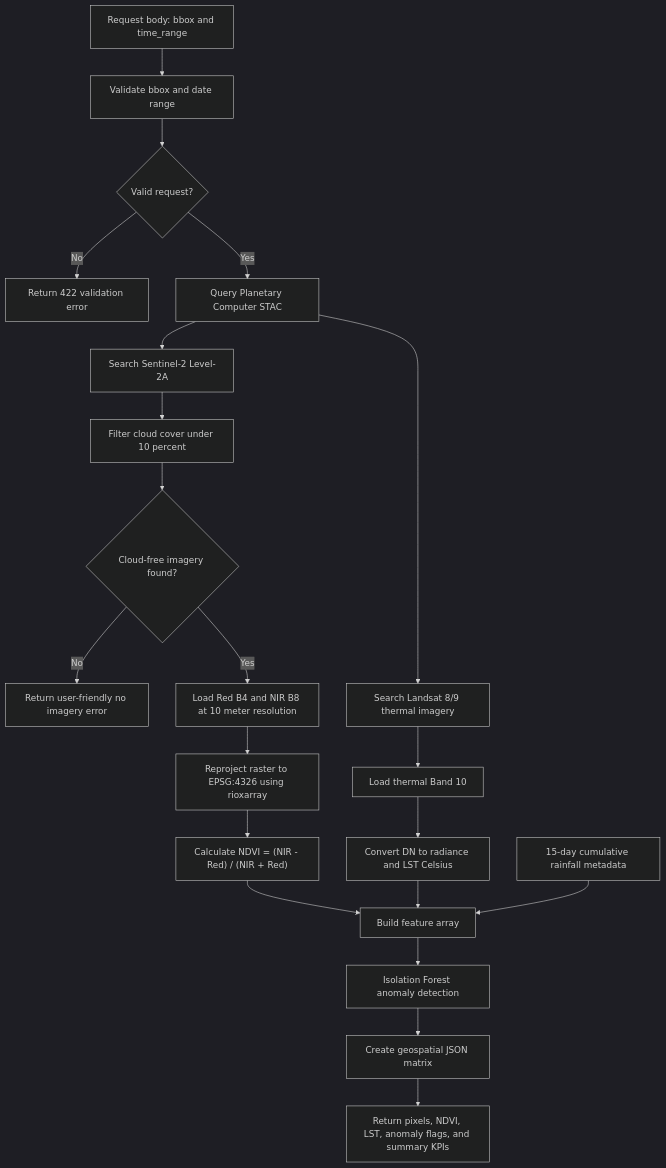
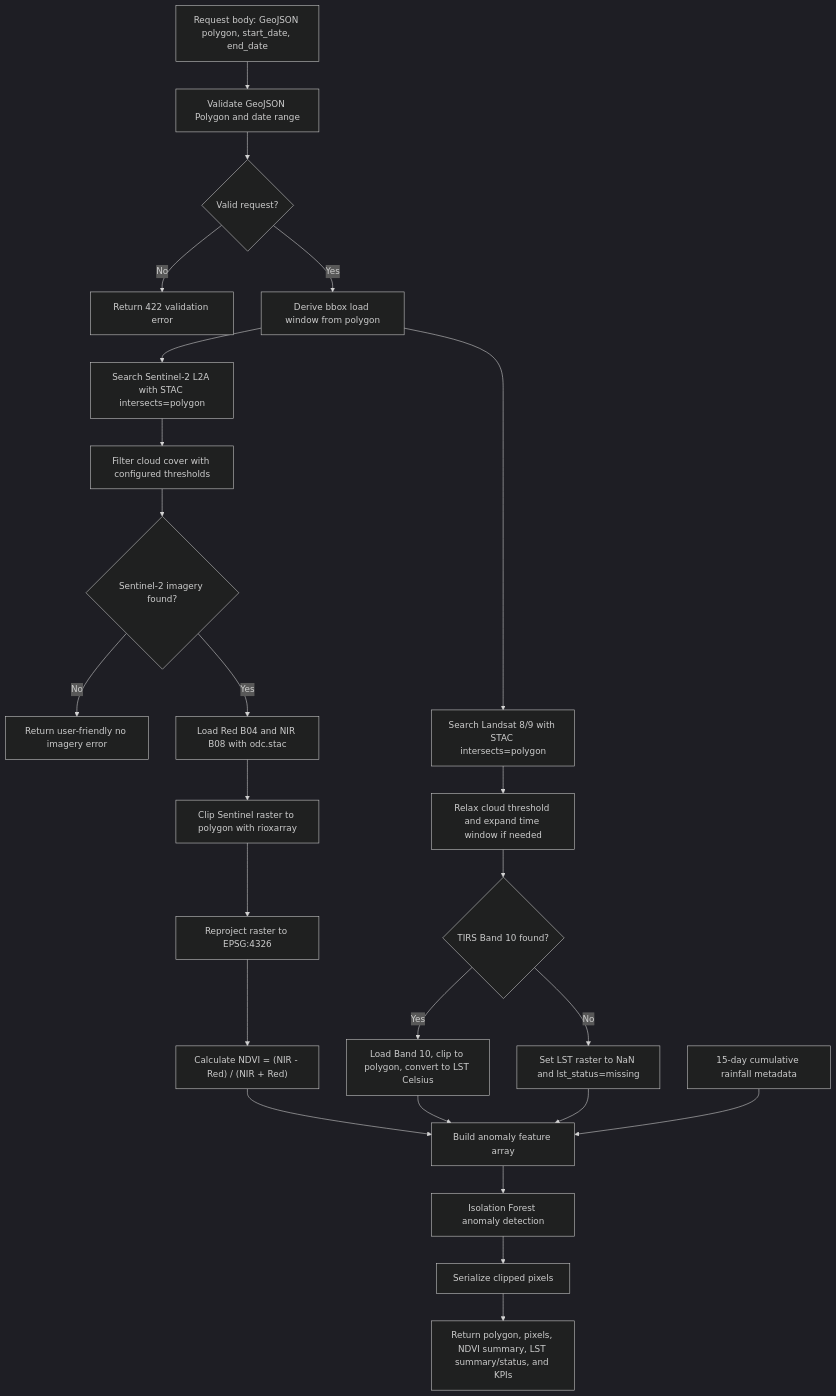
Before and after one commit to chinna5656/satellite-crop-planner: the second of 5 diagrams in docs/web-processing-flowchart.md, drawn with Mermaid (dark theme). The commit also changed other lines of this file and 7 other files, not shown here.

````diff
--- a/docs/web-processing-flowchart.md
+++ b/docs/web-processing-flowchart.md
@@ -33,27 +34,31 @@
 ```mermaid
 flowchart TD
-    A["Request body: bbox and time_range"] --> B["Validate bbox and date range"]
+    A["Request body: GeoJSON polygon, start_date, end_date"] --> B["Validate GeoJSON Polygon and date range"]
     B --> C{"Valid request?"}
     C -->|"No"| D["Return 422 validation error"]
-    C -->|"Yes"| E["Query Planetary Computer STAC"]
+    C -->|"Yes"| E["Derive bbox load window from polygon"]
 
-    E --> F["Search Sentinel-2 Level-2A"]
-    F --> G["Filter cloud cover under 10 percent"]
-    G --> H{"Cloud-free imagery found?"}
+    E --> F["Search Sentinel-2 L2A with STAC intersects=polygon"]
+    F --> G["Filter cloud cover with configured thresholds"]
+    G --> H{"Sentinel-2 imagery found?"}
     H -->|"No"| I["Return user-friendly no imagery error"]
-    H -->|"Yes"| J["Load Red B4 and NIR B8 at 10 meter resolution"]
+    H -->|"Yes"| J["Load Red B04 and NIR B08 with odc.stac"]
 
-    J --> K["Reproject raster to EPSG:4326 using rioxarray"]
-    K --> L["Calculate NDVI = (NIR - Red) / (NIR + Red)"]
+    J --> K["Clip Sentinel raster to polygon with rioxarray"]
+    K --> L["Reproject raster to EPSG:4326"]
+    L --> M["Calculate NDVI = (NIR - Red) / (NIR + Red)"]
 
-    E --> M["Search Landsat 8/9 thermal imagery"]
-    M --> N["Load thermal Band 10"]
-    N --> O["Convert DN to radiance and LST Celsius"]
+    E --> N["Search Landsat 8/9 with STAC intersects=polygon"]
+    N --> O["Relax cloud threshold and expand time window if needed"]
+    O --> P{"TIRS Band 10 found?"}
+    P -->|"Yes"| Q["Load Band 10, clip to polygon, convert to LST Celsius"]
+    P -->|"No"| R["Set LST raster to NaN and lst_status=missing"]
 
-    L --> P["Build feature array"]
-    O --> P
-    Q["15-day cumulative rainfall metadata"] --> P
-    P --> R["Isolation Forest anomaly detection"]
-    R --> S["Create geospatial JSON matrix"]
-    S --> T["Return pixels, NDVI, LST, anomaly flags, and summary KPIs"]
+    M --> S["Build anomaly feature array"]
+    Q --> S
+    R --> S
+    T["15-day cumulative rainfall metadata"] --> S
+    S --> U["Isolation Forest anomaly detection"]
+    U --> V["Serialize clipped pixels"]
+    V --> W["Return polygon, pixels, NDVI summary, LST summary/status, and KPIs"]
 ```
````
